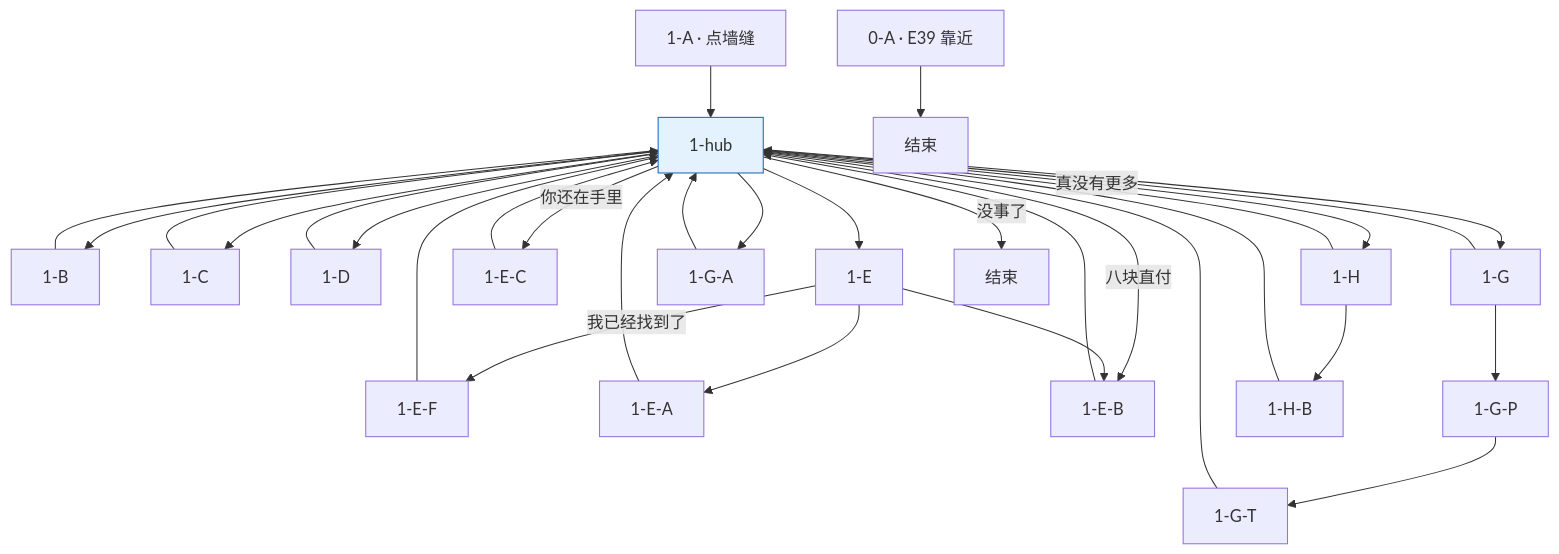
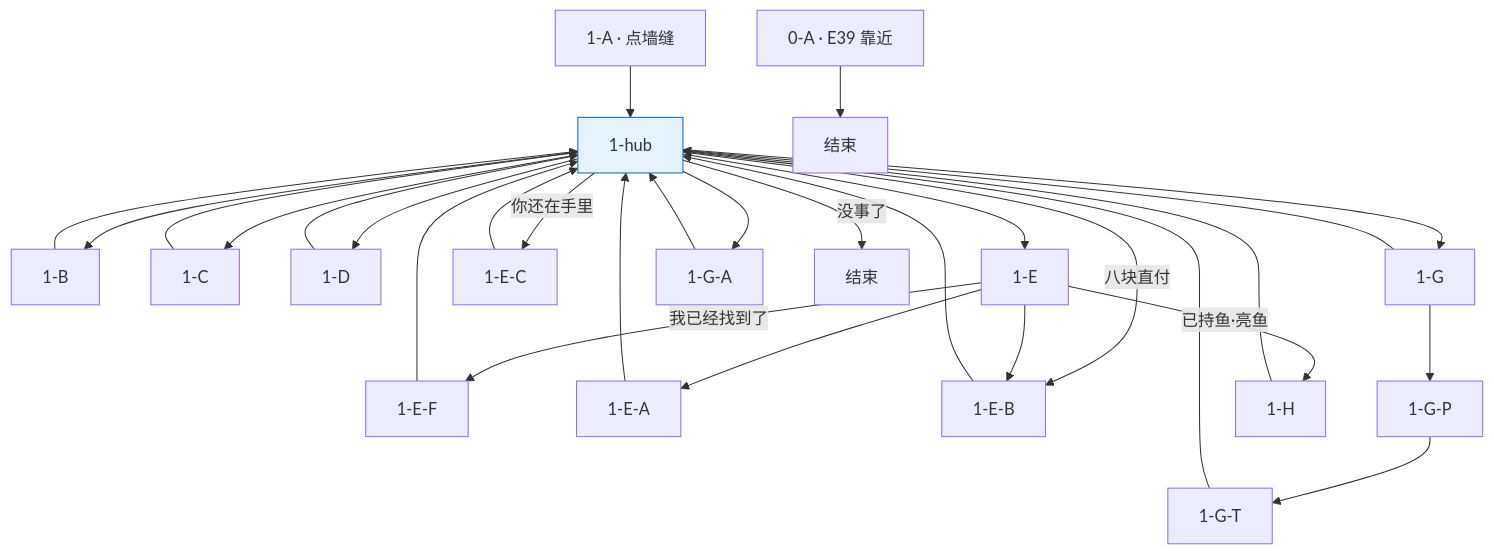
Before and after one commit to minnnpannn9585/XiaoHuoRen_EggRescue: the diagram in MissingEggDoc-main/docs/characters/老鼠兄弟-对话脚本-树状.md, drawn with Mermaid. The commit also changed other lines of this file and 13 other files, not shown here.

````diff
--- a/MissingEggDoc-main/docs/characters/老鼠兄弟-对话脚本-树状.md
+++ b/MissingEggDoc-main/docs/characters/老鼠兄弟-对话脚本-树状.md
@@ -28,54 +28,51 @@
 ```mermaid
 flowchart TD
   Z0["0-A · E39 靠近"]
   A["1-A · 点墙缝"]
   HUB["1-hub"]
   B["1-B"]
   C["1-C"]
   D["1-D"]
   E["1-E"]
   EF["1-E-F"]
   EA["1-E-A"]
   EB["1-E-B"]
   EC["1-E-C"]
   G["1-G"]
   GP["1-G-P"]
   GA["1-G-A"]
   GT["1-G-T"]
   H["1-H"]
-  HB["1-H-B"]
 
   Z0 --> X0[结束]
   A --> HUB
   HUB --> B
   HUB --> C
   HUB --> D
   HUB --> E
   HUB --> G
   HUB --> GA
   HUB -->|你还在手里| EC
-  HUB -->|真没有更多| H
   G --> GP
   G --> HUB
   GP --> GT
   GT --> HUB
   GA --> HUB
   HUB -->|八块直付| EB
   B --> HUB
   C --> HUB
   D --> HUB
   E -->|我已经找到了| EF
   EF --> HUB
   E --> EA
   E --> EB
+  E -->|已持鱼·亮鱼| H
   EA --> HUB
   EB --> HUB
   EC --> HUB
-  H --> HB
-  HB --> HUB
   H --> HUB
   HUB -->|没事了| X[结束]
 
   classDef hub fill:#e3f2fd,stroke:#1565c0
   class HUB hub
 ```
````
